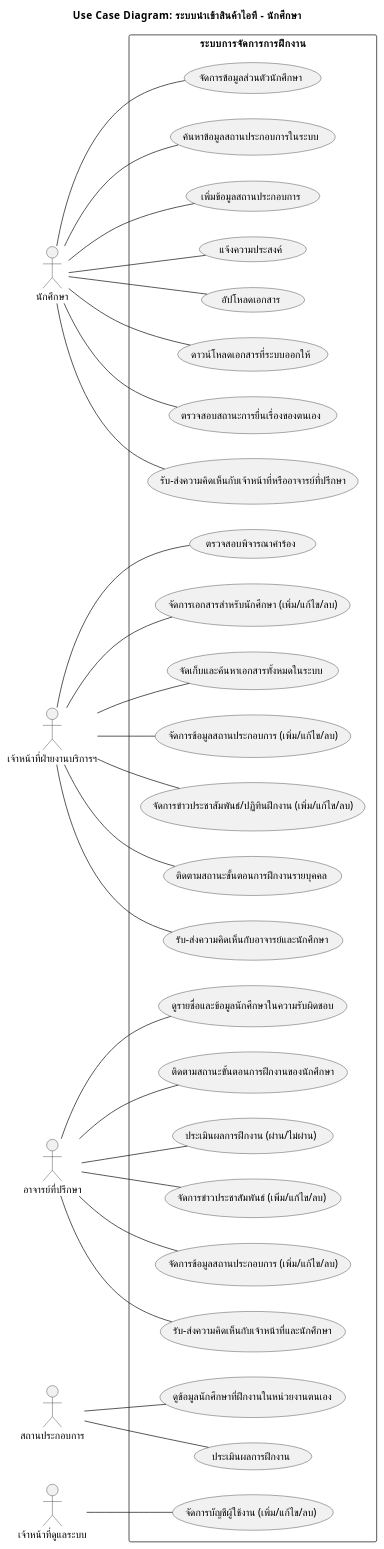
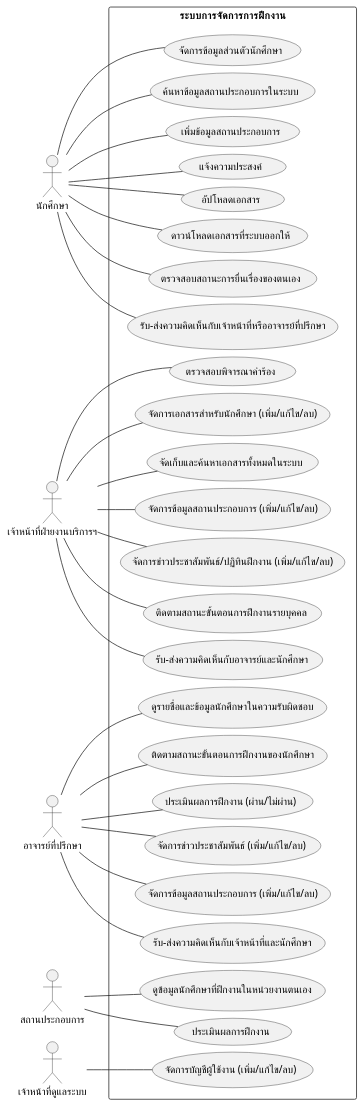
The diagram in Diagram/Usecase/usecase_part3.puml (Phatcharida21/Project-Internship-management-system-2566), drawn with PlantUML before and after one commit. The commit also changed 16 other files, not shown here.

Commit message:
design er/usecase

```diff
--- a/Diagram/Usecase/usecase_part3.puml
+++ b/Diagram/Usecase/usecase_part3.puml
@@ -1,89 +1,90 @@
 @startuml UseCaseDiagram_
 skinparam defaultFontName "Tahoma"
-title "Use Case Diagram: ระบบนำเข้าสินค้าไอที - นักศึกษา"
-
+' title "Use Case Diagram: ระบบนำเข้าสินค้าไอที - นักศึกษา"
+skinparam nodesep 10
+skinparam ranksep 20
 left to right direction
 
 actor "นักศึกษา" as Student
 actor "เจ้าหน้าที่ฝ่ายงานบริการฯ" as Staff
 actor "อาจารย์ที่ปรึกษา" as Advisor
 actor "สถานประกอบการ" as Company
 actor "เจ้าหน้าที่ดูแลระบบ" as Admin
 
 rectangle "ระบบการจัดการการฝึกงาน" {
   ' กลุ่มนักศึกษา (Student)
     usecase "จัดการข้อมูลส่วนตัวนักศึกษา" as ucs001
     usecase "ค้นหาข้อมูลสถานประกอบการในระบบ" as ucs002
     usecase "เพิ่มข้อมูลสถานประกอบการ" as ucs003
     usecase "แจ้งความประสงค์" as ucs004
     usecase "อัปโหลดเอกสาร" as ucs005
     usecase "ดาวน์โหลดเอกสารที่ระบบออกให้" as ucs006
     usecase "ตรวจสอบสถานะการยื่นเรื่องของตนเอง" as ucs007
     usecase "รับ-ส่งความคิดเห็นกับเจ้าหน้าที่หรืออาจารย์ที่ปรึกษา" as ucs008
 
 
   ' กลุ่มเจ้าหน้าที่ (Staff)
     usecase "ตรวจสอบพิจารณาคำร้อง" as ucsf001
     usecase "จัดการเอกสารสำหรับนักศึกษา (เพิ่ม/แก้ไข/ลบ)" as ucsf002
     usecase "จัดเก็บและค้นหาเอกสารทั้งหมดในระบบ" as ucsf003
     usecase "จัดการข้อมูลสถานประกอบการ (เพิ่ม/แก้ไข/ลบ)" as ucsf004
     usecase "จัดการข่าวประชาสัมพันธ์/ปฏิทินฝึกงาน (เพิ่ม/แก้ไข/ลบ)" as ucsf005
     usecase "ติดตามสถานะขั้นตอนการฝึกงานรายบุคคล" as ucsf006
     usecase "รับ-ส่งความคิดเห็นกับอาจารย์และนักศึกษา" as ucsf007
 
   ' กลุ่มกลุ่มอาจารย์ (Advisor/Teacher)
     usecase "ดูรายชื่อและข้อมูลนักศึกษาในความรับผิดชอบ" as uct001
     usecase "ติดตามสถานะขั้นตอนการฝึกงานของนักศึกษา" as uct002
     usecase "ประเมินผลการฝึกงาน (ผ่าน/ไม่ผ่าน)" as uct003
     usecase "จัดการข่าวประชาสัมพันธ์ (เพิ่ม/แก้ไข/ลบ)" as uct004
     usecase "จัดการข้อมูลสถานประกอบการ (เพิ่ม/แก้ไข/ลบ)" as uct005
     usecase "รับ-ส่งความคิดเห็นกับเจ้าหน้าที่และนักศึกษา" as uct006
 
   ' กลุ่มสถานประกอบการ (Employer/Company)
     usecase "ดูข้อมูลนักศึกษาที่ฝึกงานในหน่วยงานตนเอง" as ucc001
     usecase "ประเมินผลการฝึกงาน" as ucc002
 
   ' กลุ่มผู้ดูแลระบบ (Admin)
     usecase "จัดการบัญชีผู้ใช้งาน (เพิ่ม/แก้ไข/ลบ)" as uca001
 
 }
 
 ' ความสัมพันธ์ของ Student
 Student -- ucs001
 Student -- ucs002
 Student -- ucs003
 Student -- ucs004
 Student -- ucs005
 Student -- ucs006
 Student -- ucs007
 Student -- ucs008
 
 
 ' ความสัมพันธ์ของ Advisor
 Advisor -- uct001
 Advisor -- uct002
 Advisor -- uct003
 Advisor -- uct004
 Advisor -- uct005
 Advisor -- uct006
 
 ' ความสัมพันธ์ของ Staff
 Staff -- ucsf001
 Staff -- ucsf002
 Staff -- ucsf003
 Staff -- ucsf004
 Staff -- ucsf005
 Staff -- ucsf006
 Staff -- ucsf007
 
 ' ความสัมพันธ์ของ Company
 Company -- ucc001
 Company -- ucc002
 
 ' ความสัมพันธ์ของ Admin
 Admin -- uca001 
 
 
 
 
 @enduml
```
